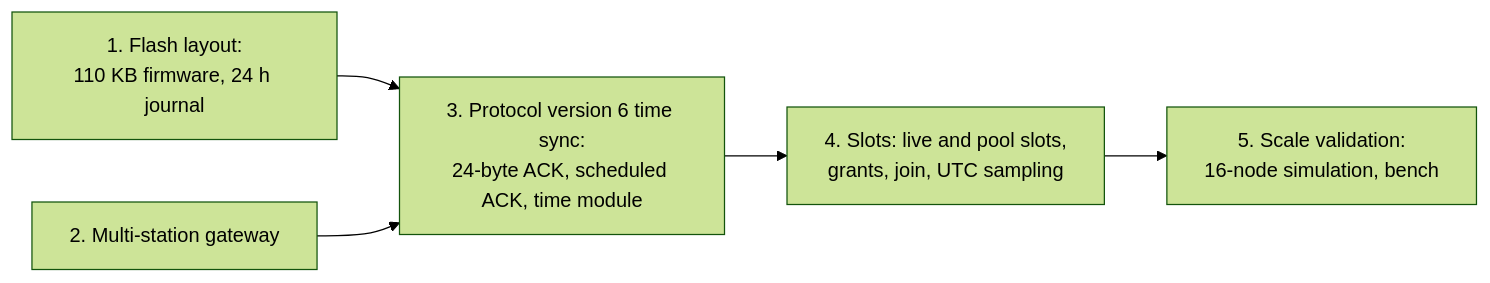
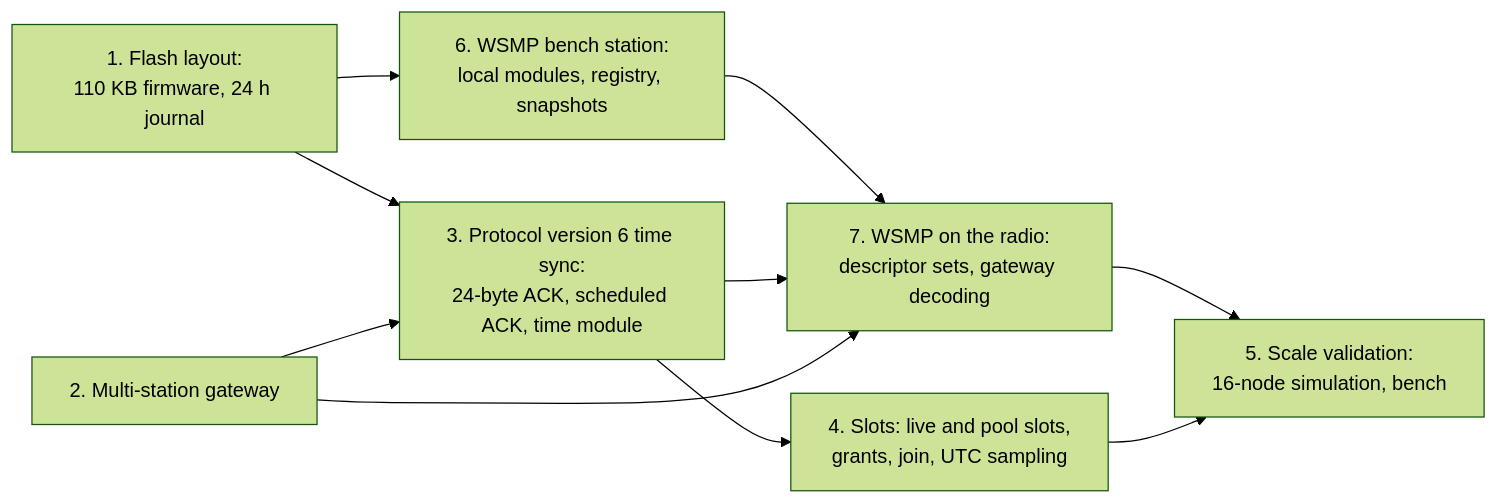
One commit to clintecker/weather-station-2026 changed the seventh of 7 diagrams in docs/superpowers/specs/2026-10-16-sixteen-stations-design.md. Above: the diagram before and after it, drawn with Mermaid (forest theme). The commit also changed other lines of this file and 2 other files, not shown here.

First line of the commit message:
WSMP: modules aggregate only what needs their samples; battery in the health report

````diff
--- a/docs/superpowers/specs/2026-10-16-sixteen-stations-design.md
+++ b/docs/superpowers/specs/2026-10-16-sixteen-stations-design.md
@@ -363,8 +368,13 @@
 ```mermaid
 flowchart LR
   S1["1. Flash layout:<br/>110 KB firmware, 24 h journal"] --> S3
   S2["2. Multi-station gateway"] --> S3
   S3["3. Protocol version 6 time sync:<br/>24-byte ACK, scheduled ACK, time module"] --> S4
+  S1 --> S6
+  S6["6. WSMP bench station:<br/>local modules, registry, snapshots"] --> S7
+  S3 --> S7
+  S2 --> S7
+  S7["7. WSMP on the radio:<br/>descriptor sets, gateway decoding"] --> S5
   S4["4. Slots: live and pool slots,<br/>grants, join, UTC sampling"] --> S5
   S5["5. Scale validation:<br/>16-node simulation, bench"]
 ```
````
